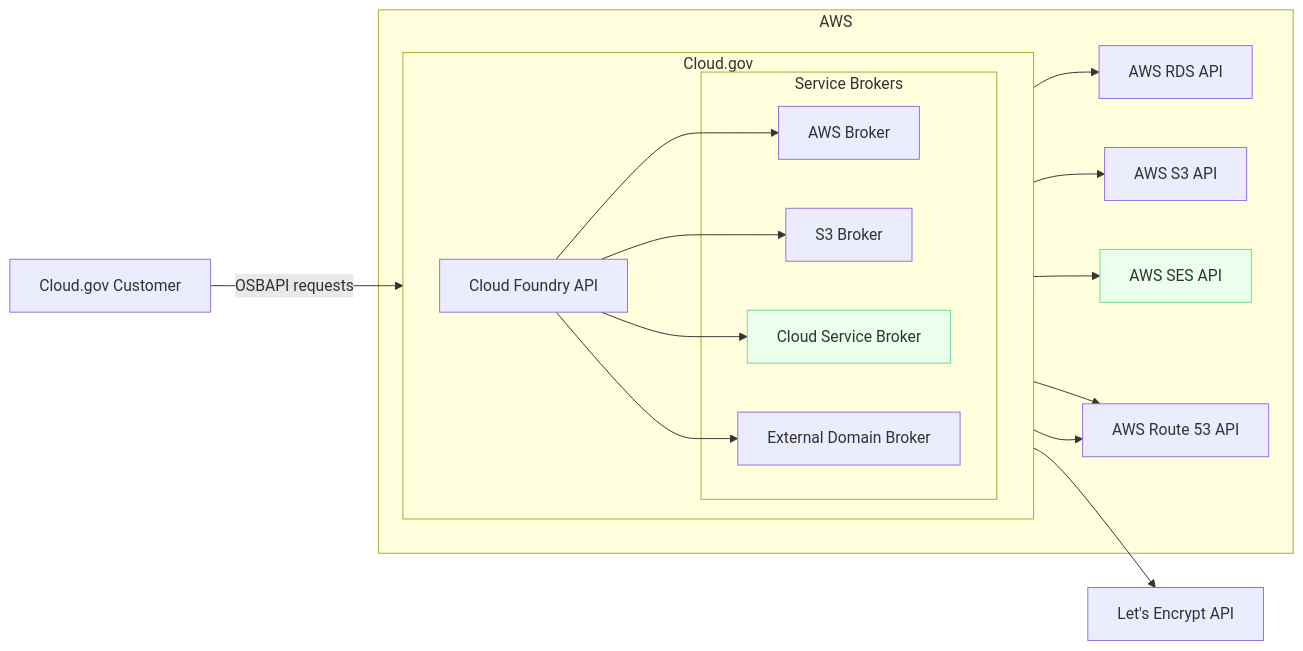
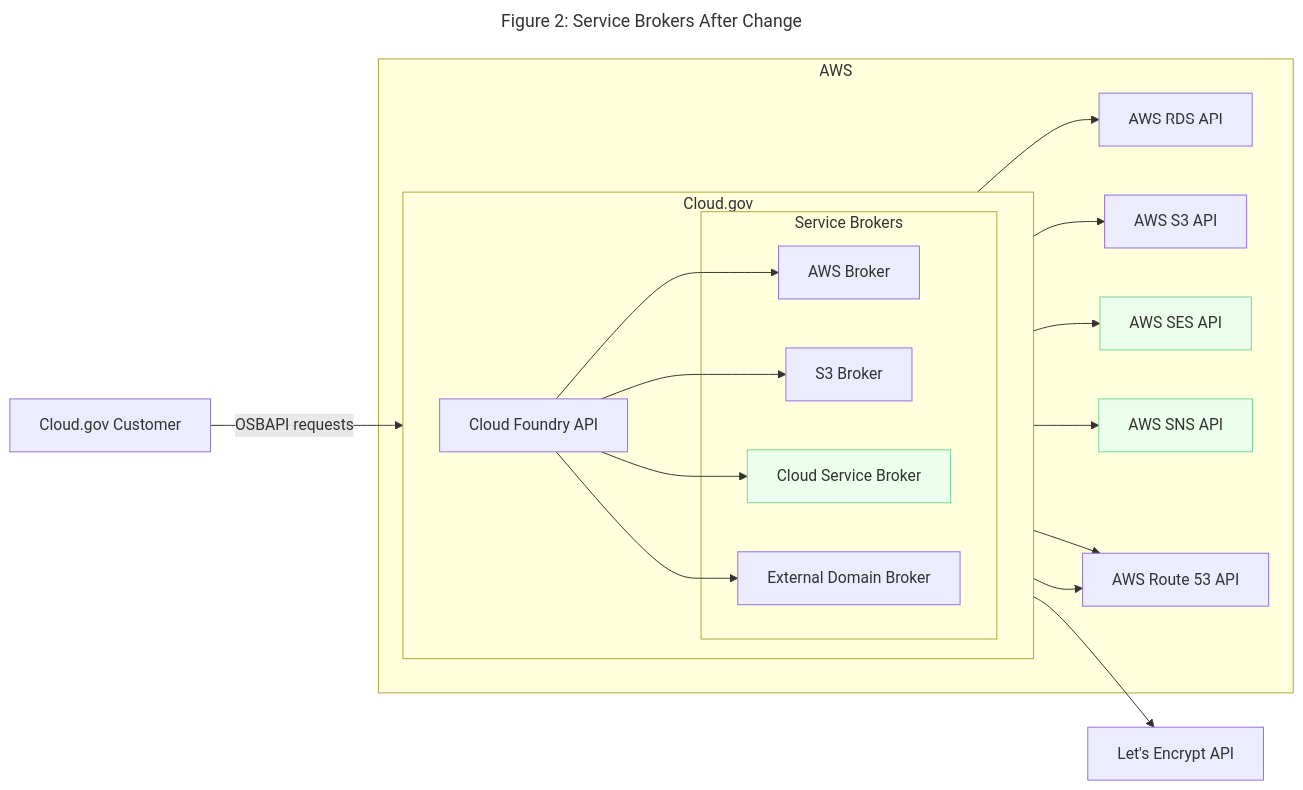
The second of 3 diagrams in docs/diagrams.md (cloud-gov/csb), drawn with Mermaid before and after one commit. The commit also changed other lines of this file, not shown here.

Commit message:
Add titles, SNS references, and other fixes to diagrams

````diff
--- a/docs/diagrams.md
+++ b/docs/diagrams.md
@@ -48,41 +51,47 @@
 ```mermaid
+---
+title: "Figure 2: Service Brokers After Change"
+---
+
 flowchart LR
     classDef new fill:#ecffec,stroke:#73d893
     u["Cloud.gov Customer"]
 
     subgraph "AWS"
 
         subgraph "Cloud.gov"
             direction LR
             capi["Cloud Foundry API"]
 
             subgraph "Service Brokers"
                 awsbroker["AWS Broker"]
                 s3broker["S3 Broker"]
                 csb["Cloud Service Broker"]:::new
                 extbroker["External Domain Broker"]
             end
         end
 
         rdsapi["AWS RDS API"]
         s3api["AWS S3 API"]
         sesapi["AWS SES API"]:::new
+        snsapi["AWS SNS API"]:::new
         route53api["AWS Route 53 API"]
     end
 
     letsencrypt["Let's Encrypt API"]
 
     u -->|OSBAPI requests| capi
 
     capi --> awsbroker
     capi --> s3broker
     capi --> csb
     capi --> extbroker
 
     awsbroker --> rdsapi
     s3broker --> s3api
     csb --> sesapi
+    csb --> snsapi
     csb --> route53api
     extbroker --> route53api
     extbroker --> letsencrypt
 ```
````
